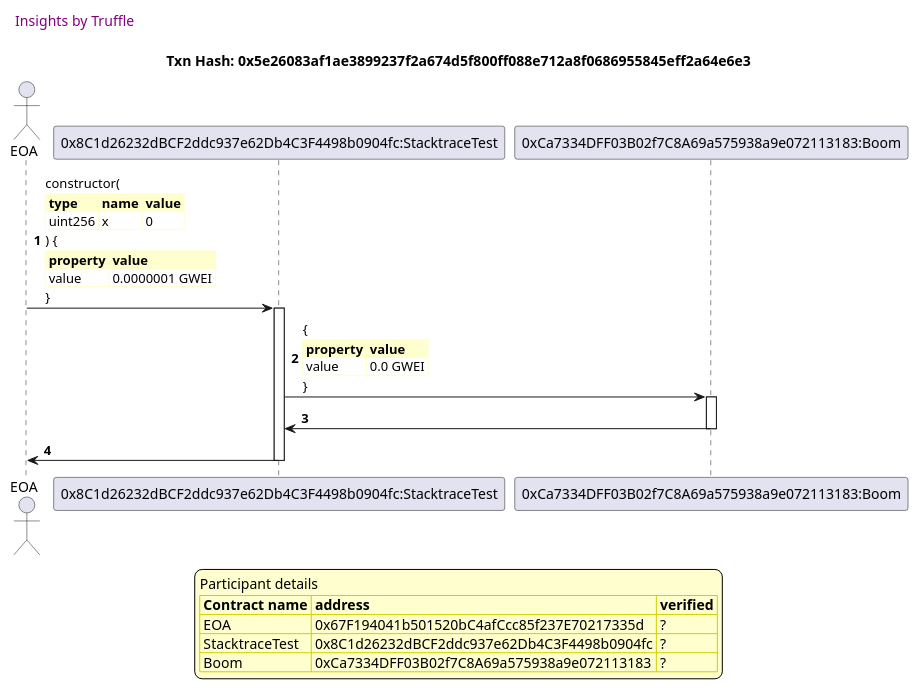
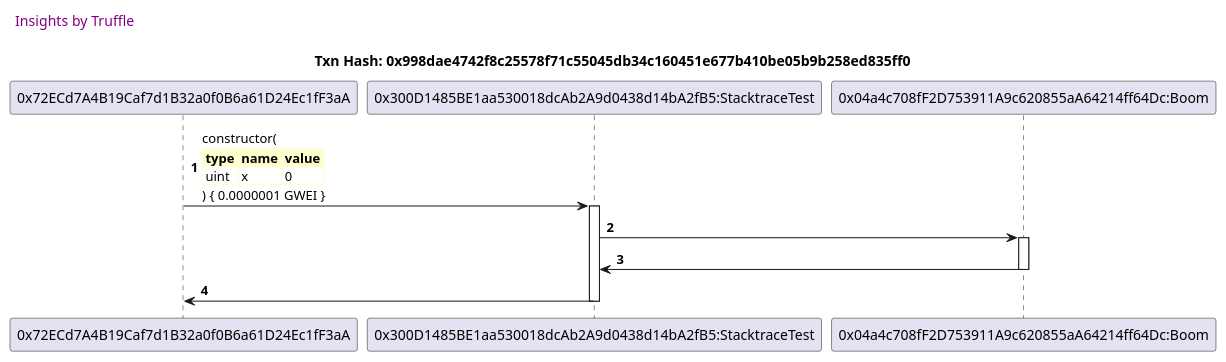
The first of 14 diagrams in truffle-seq/stacktrace.test.md (trufflesuite/txlog-seedlings), drawn with PlantUML before and after one commit. The commit also changed other lines of this file and 3 other files, not shown here.

````diff
--- a/truffle-seq/stacktrace.test.md
+++ b/truffle-seq/stacktrace.test.md
@@ -13,58 +13,32 @@
 ```plantuml
 
 
 @startuml
 
 autonumber
 skinparam legendBackgroundColor #FEFECE
 
 <style>
       header {
         HorizontalAlignment left
         FontColor purple
         FontSize 14
         Padding 10
       }
     </style>
 
 header Insights by Truffle
 
-title Txn Hash: 0x5e26083af1ae3899237f2a674d5f800ff088e712a8f0686955845eff2a64e6e3
+title Txn Hash: 0x998dae4742f8c25578f71c55045db34c160451e677b410be05b9b258ed835ff0
 
 
-actor EOA as "EOA"
-
-participant StacktraceTest as "0x8C1d26232dBCF2ddc937e62Db4C3F4498b0904fc:StacktraceTest"
-
-participant Boom as "0xCa7334DFF03B02f7C8A69a575938a9e072113183:Boom"
-
-"EOA" -> "StacktraceTest" ++: constructor(\n\
+"0x72ECd7A4B19Caf7d1B32a0f0B6a61D24Ec1fF3aA" -> "0x300D1485BE1aa530018dcAb2A9d0438d14bA2fB5:StacktraceTest" ++: constructor(\n\
 <#FEFECE,#FEFECE>|= type |= name |= value |\n\
-| uint256 | x | 0 |\n\
-) {\n\
-<#FEFECE,#FEFECE>|= property |= value|\n\
-| value | 0.0000001 GWEI |\n\
-}
-
-"StacktraceTest" -> "Boom" ++: {\n\
-<#FEFECE,#FEFECE>|= property |= value|\n\
-| value | 0.0 GWEI |\n\
-}
-
-"Boom" -> "StacktraceTest" --: 
-
-"StacktraceTest" -> "EOA" --: 
-
-
-
-legend
-Participant details
-<#FEFECE,#D0D000>|= Contract name |= address |= verified |
-<#FEFECE>| EOA | 0x67F194041b501520bC4afCcc85f237E70217335d | ? |
-<#FEFECE>| StacktraceTest | 0x8C1d26232dBCF2ddc937e62Db4C3F4498b0904fc | ? |
-<#FEFECE>| Boom | 0xCa7334DFF03B02f7C8A69a575938a9e072113183 | ? |
-endlegend
-
+| uint | x | 0 |\n\
+) { 0.0000001 GWEI }
+"0x300D1485BE1aa530018dcAb2A9d0438d14bA2fB5:StacktraceTest" -> "0x04a4c708fF2D753911A9c620855aA64214ff64Dc:Boom" ++: 
+"0x04a4c708fF2D753911A9c620855aA64214ff64Dc:Boom" -> "0x300D1485BE1aa530018dcAb2A9d0438d14bA2fB5:StacktraceTest" --: 
+"0x300D1485BE1aa530018dcAb2A9d0438d14bA2fB5:StacktraceTest" -> "0x72ECd7A4B19Caf7d1B32a0f0B6a61D24Ec1fF3aA" --: 
 
 @enduml
 ```
````
